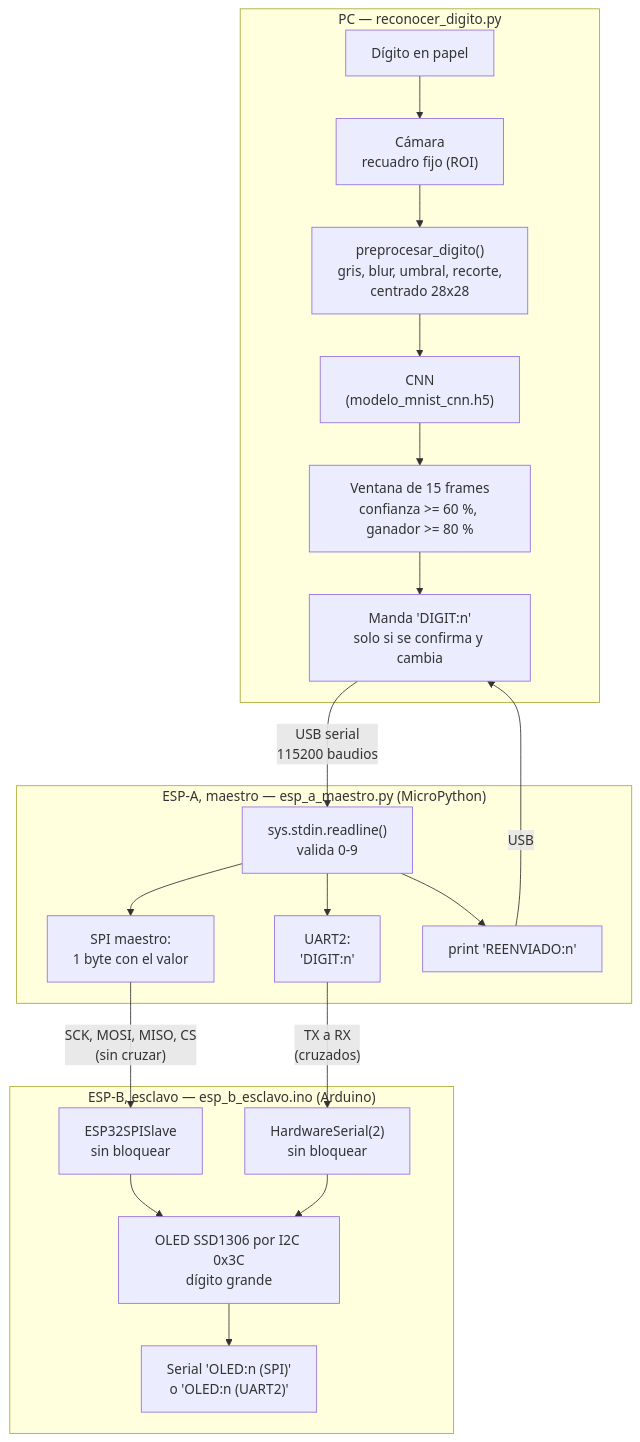
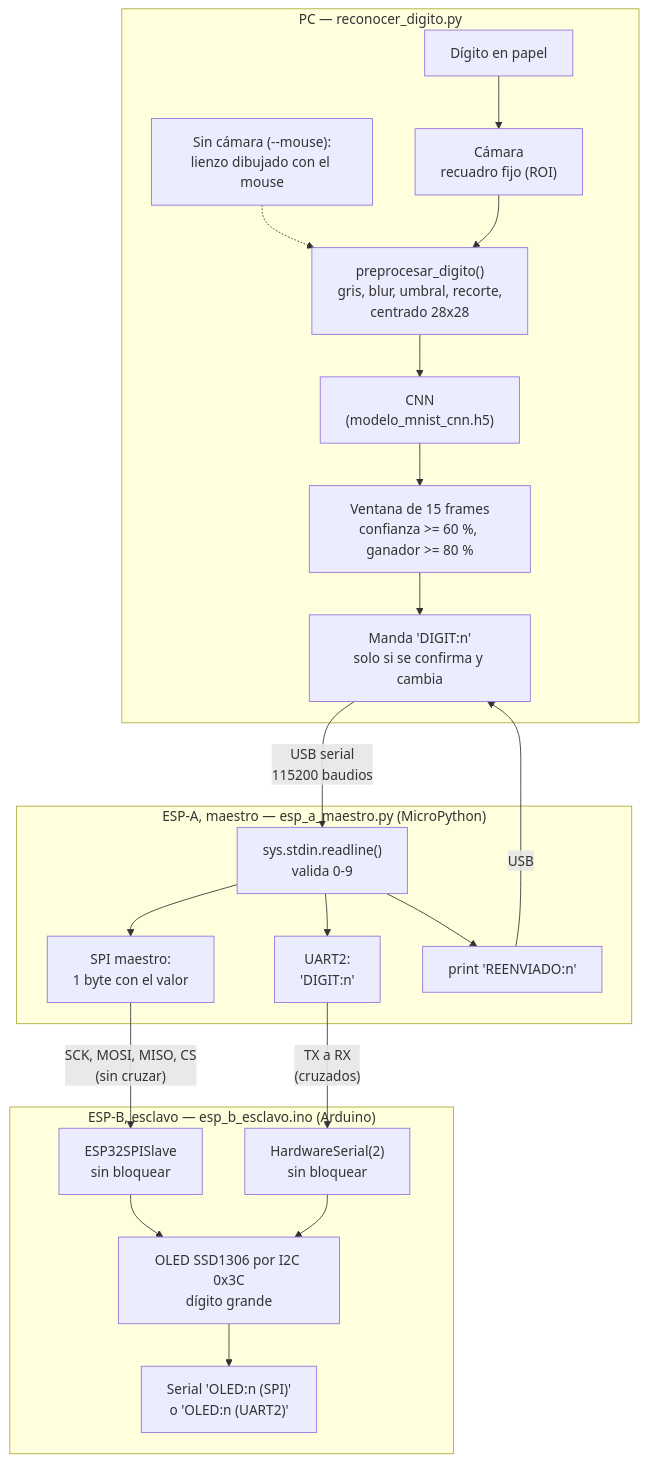
The first of 2 diagrams in 8-digitos-brazo-y-vision/punto-2-reconocimiento-oled-spi/README.md (Dathinel/Sensores-Teoria), drawn with Mermaid before and after one commit. The commit also changed other lines of this file and 60 other files, not shown here.

````diff
--- a/8-digitos-brazo-y-vision/punto-2-reconocimiento-oled-spi/README.md
+++ b/8-digitos-brazo-y-vision/punto-2-reconocimiento-oled-spi/README.md
@@ -57,28 +57,29 @@
 ```mermaid
 flowchart TD
     subgraph PC["PC — reconocer_digito.py"]
         Papel["Dígito en papel"] --> Cam["Cámara<br/>recuadro fijo (ROI)"]
+        Mouse["Sin cámara (--mouse):<br/>lienzo dibujado con el mouse"] -.-> Pre
         Cam --> Pre["preprocesar_digito()<br/>gris, blur, umbral, recorte,<br/>centrado 28x28"]
         Pre --> CNN["CNN<br/>(modelo_mnist_cnn.h5)"]
         CNN --> Vota["Ventana de 15 frames<br/>confianza >= 60 %, ganador >= 80 %"]
         Vota --> Envia["Manda 'DIGIT:n'<br/>solo si se confirma y cambia"]
     end
 
     Envia -->|"USB serial<br/>115200 baudios"| RecibeA
 
     subgraph ESPA["ESP-A, maestro — esp_a_maestro.py (MicroPython)"]
         RecibeA["sys.stdin.readline()<br/>valida 0-9"] --> ReenviaSPI["SPI maestro:<br/>1 byte con el valor"]
         RecibeA --> ReenviaUART["UART2:<br/>'DIGIT:n'"]
         RecibeA --> EcoA["print 'REENVIADO:n'"]
     end
 
     EcoA -->|"USB"| Envia
     ReenviaSPI -->|"SCK, MOSI, MISO, CS<br/>(sin cruzar)"| RecibeSPI
     ReenviaUART -->|"TX a RX<br/>(cruzados)"| RecibeUART
 
     subgraph ESPB["ESP-B, esclavo — esp_b_esclavo.ino (Arduino)"]
         RecibeSPI["ESP32SPISlave<br/>sin bloquear"] --> OLED["OLED SSD1306 por I2C 0x3C<br/>dígito grande"]
         RecibeUART["HardwareSerial(2)<br/>sin bloquear"] --> OLED
         OLED --> EcoB["Serial 'OLED:n (SPI)'<br/>o 'OLED:n (UART2)'"]
     end
 ```
````
